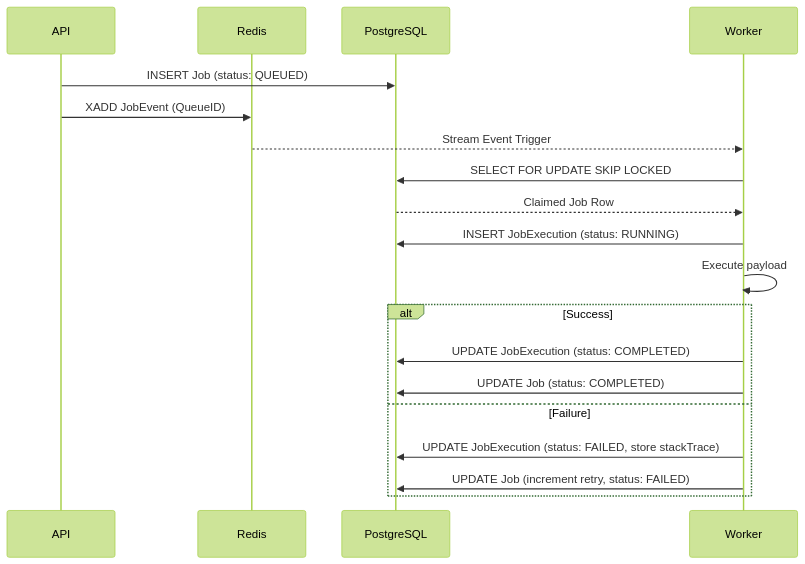
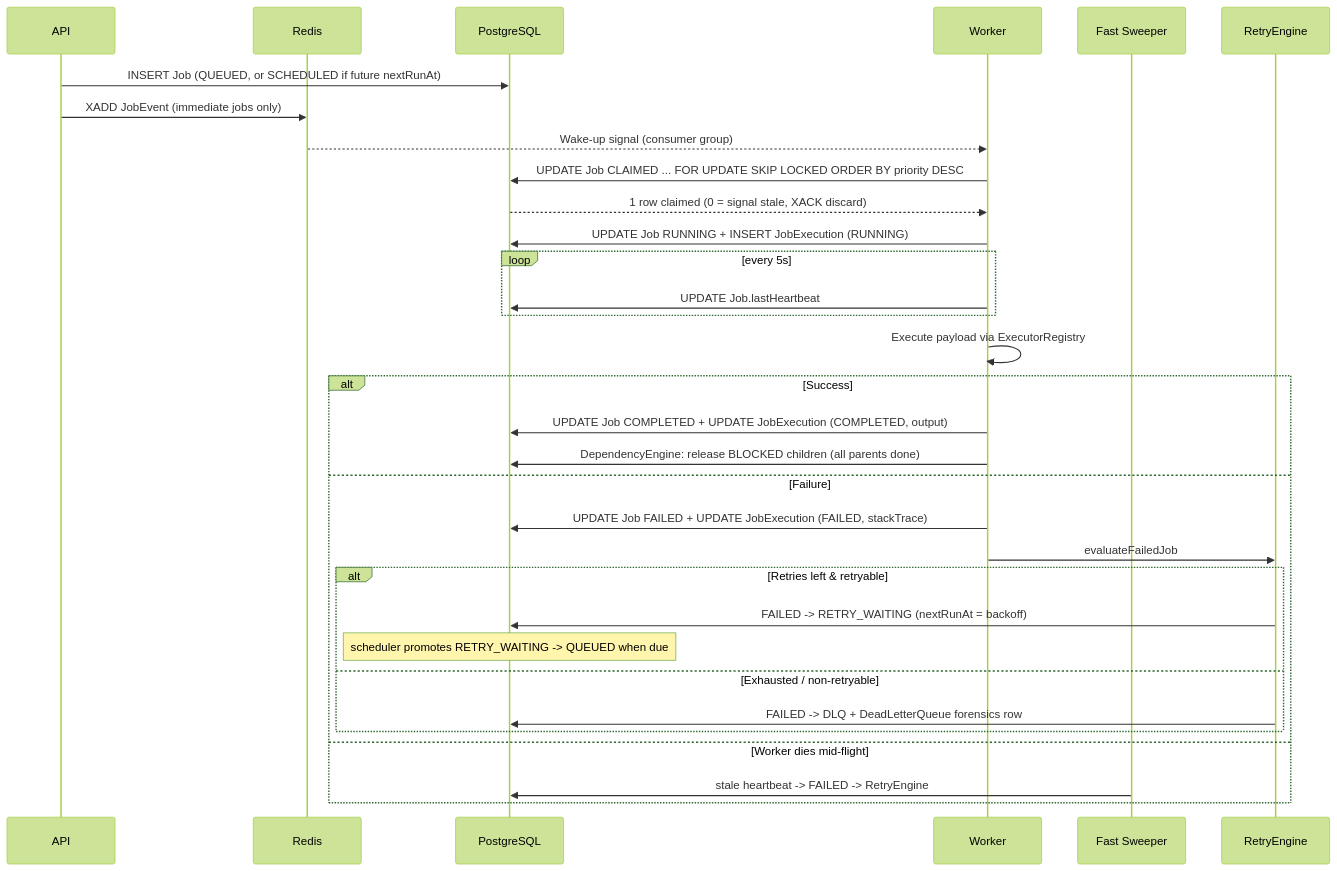
One commit to jay15git/Distributed-Job-Scheduler changed the third of 4 diagrams in docs/architecture/HLD_LLD.md. Above: the diagram before and after it, drawn with Mermaid (forest theme). The commit also changed other lines of this file and 31 other files, not shown here.

First line of the commit message:
Wire the scheduler end-to-end: retry pipeline, recovery sweeps, cron, SKIP LOCKED claiming, DAG gating

````diff
--- a/docs/architecture/HLD_LLD.md
+++ b/docs/architecture/HLD_LLD.md
@@ -75,22 +133,35 @@
 ```mermaid
 sequenceDiagram
     participant API
     participant Redis
     participant DB as PostgreSQL
     participant Worker
+    participant Sweeper as Fast Sweeper
+    participant Retry as RetryEngine
     
-    API->>DB: INSERT Job (status: QUEUED)
-    API->>Redis: XADD JobEvent (QueueID)
-    Redis-->>Worker: Stream Event Trigger
-    Worker->>DB: SELECT FOR UPDATE SKIP LOCKED
-    DB-->>Worker: Claimed Job Row
-    Worker->>DB: INSERT JobExecution (status: RUNNING)
-    Worker->>Worker: Execute payload
+    API->>DB: INSERT Job (QUEUED, or SCHEDULED if future nextRunAt)
+    API->>Redis: XADD JobEvent (immediate jobs only)
+    Redis-->>Worker: Wake-up signal (consumer group)
+    Worker->>DB: UPDATE Job CLAIMED ... FOR UPDATE SKIP LOCKED ORDER BY priority DESC
+    DB-->>Worker: 1 row claimed (0 = signal stale, XACK discard)
+    Worker->>DB: UPDATE Job RUNNING + INSERT JobExecution (RUNNING)
+    loop every 5s
+        Worker->>DB: UPDATE Job.lastHeartbeat
+    end
+    Worker->>Worker: Execute payload via ExecutorRegistry
     alt Success
-        Worker->>DB: UPDATE JobExecution (status: COMPLETED)
-        Worker->>DB: UPDATE Job (status: COMPLETED)
+        Worker->>DB: UPDATE Job COMPLETED + UPDATE JobExecution (COMPLETED, output)
+        Worker->>DB: DependencyEngine: release BLOCKED children (all parents done)
     else Failure
-        Worker->>DB: UPDATE JobExecution (status: FAILED, store stackTrace)
-        Worker->>DB: UPDATE Job (increment retry, status: FAILED)
+        Worker->>DB: UPDATE Job FAILED + UPDATE JobExecution (FAILED, stackTrace)
+        Worker->>Retry: evaluateFailedJob
+        alt Retries left & retryable
+            Retry->>DB: FAILED -> RETRY_WAITING (nextRunAt = backoff)
+            Note over DB: scheduler promotes RETRY_WAITING -> QUEUED when due
+        else Exhausted / non-retryable
+            Retry->>DB: FAILED -> DLQ + DeadLetterQueue forensics row
+        end
+    else Worker dies mid-flight
+        Sweeper->>DB: stale heartbeat -> FAILED -> RetryEngine
     end
 ```
````
